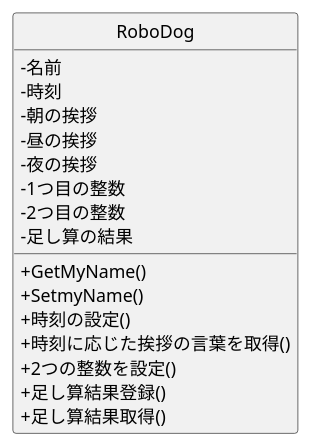
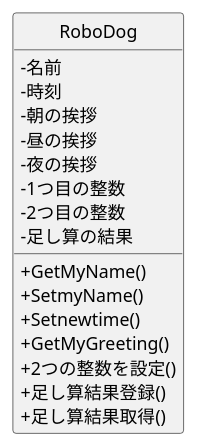
One commit to o-har/o-hara_uml changed the diagram in 06_robo_dog/06_robo_dog/class.pu. Above: the diagram before and after it, drawn with PlantUML.

```diff
--- a/06_robo_dog/06_robo_dog/class.pu
+++ b/06_robo_dog/06_robo_dog/class.pu
@@ -1,24 +1,24 @@
 @startuml Robodogクラス図
 skinparam classAttributeIconSize 0
 hide circle
 
 class RoboDog {
  -名前
  -時刻
  -朝の挨拶
  -昼の挨拶
  -夜の挨拶
  -1つ目の整数
  -2つ目の整数
  -足し算の結果
 
  +GetMyName()
  +SetmyName()
- +時刻の設定()
- +時刻に応じた挨拶の言葉を取得()
+ +Setnewtime()
+ +GetMyGreeting()
  +2つの整数を設定()
  +足し算結果登録()
  +足し算結果取得()
 }
 
 @enduml
```
